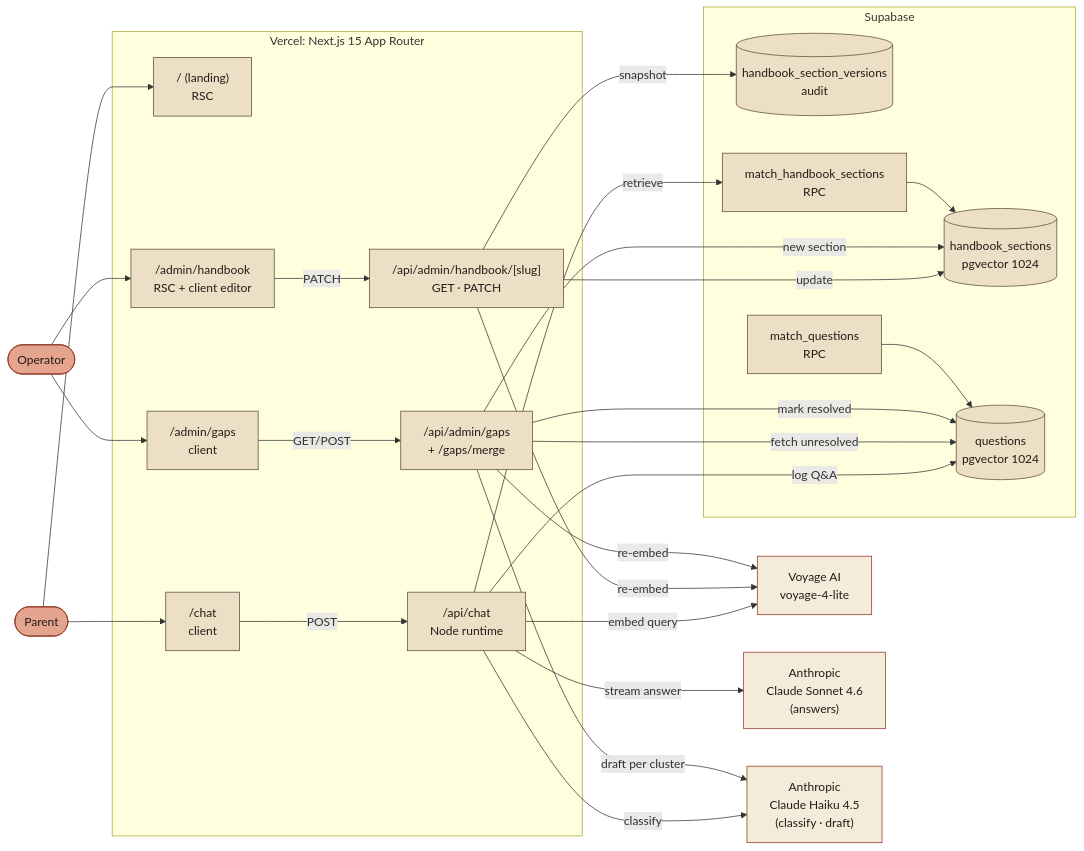
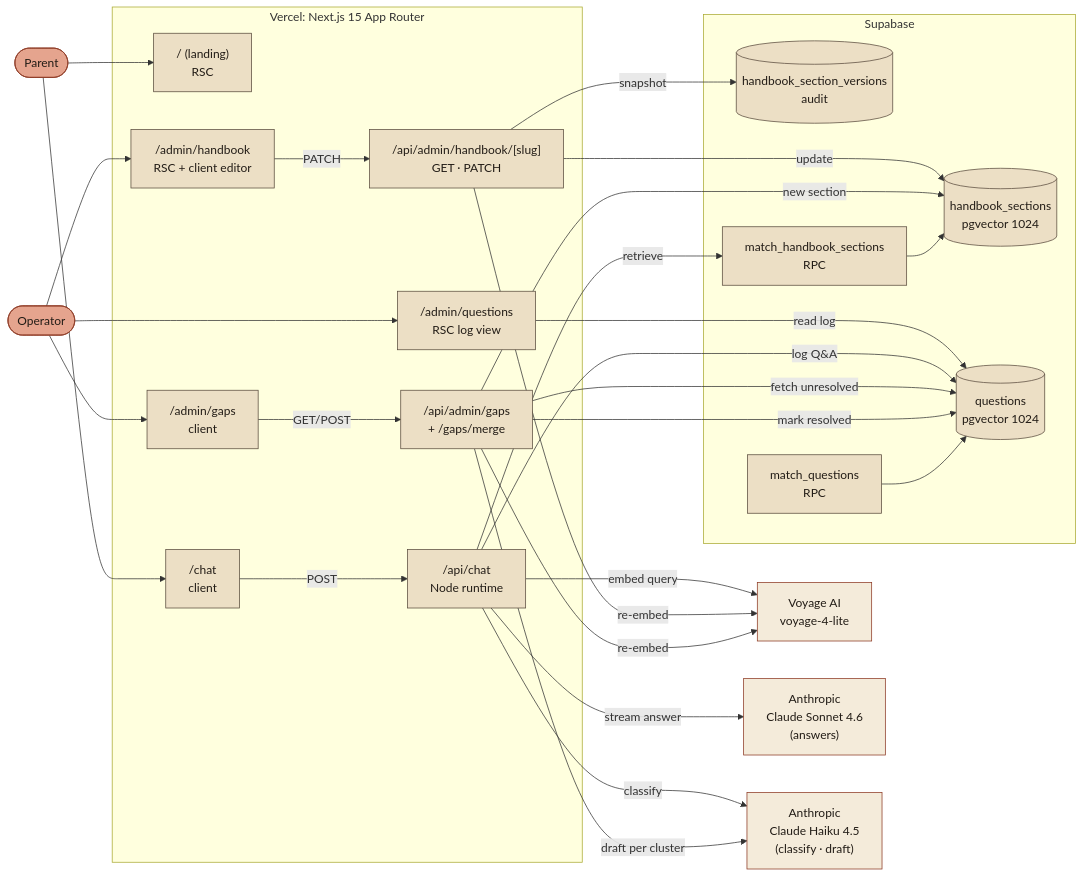
The first of 5 diagrams in docs/ARCHITECTURE.md (cooksterj/brightwheel-frontdesk), drawn with Mermaid before and after one commit. The commit also changed 9 other files, not shown here.

First line of the commit message:
feat(admin): question log view at /admin/questions

````diff
--- a/docs/ARCHITECTURE.md
+++ b/docs/ARCHITECTURE.md
@@ -17,62 +17,65 @@
 ```mermaid
 flowchart LR
     classDef ext fill:#f4ebda,stroke:#8d3a25,color:#221c16
     classDef svc fill:#ecdfc5,stroke:#5a4c3e,color:#221c16
     classDef user fill:#e5a48e,stroke:#8d3a25,color:#221c16
 
     Parent([Parent]):::user
     Operator([Operator]):::user
 
     subgraph Vercel["Vercel: Next.js 15 App Router"]
       Landing["/ (landing)<br/>RSC"]
       Chat["/chat<br/>client"]
       AdminH["/admin/handbook<br/>RSC + client editor"]
+      AdminQ["/admin/questions<br/>RSC log view"]
       AdminG["/admin/gaps<br/>client"]
       ChatAPI["/api/chat<br/>Node runtime"]
       AdminHAPI["/api/admin/handbook/[slug]<br/>GET · PATCH"]
       AdminGAPI["/api/admin/gaps<br/>+ /gaps/merge"]
     end
 
     subgraph Supabase["Supabase"]
       DBH[("handbook_sections<br/>pgvector 1024")]
       DBV[("handbook_section_versions<br/>audit")]
       DBQ[("questions<br/>pgvector 1024")]
       RPC1["match_handbook_sections<br/>RPC"]
       RPC2["match_questions<br/>RPC"]
     end
 
     Voyage["Voyage AI<br/>voyage-4-lite"]:::ext
     Sonnet["Anthropic<br/>Claude Sonnet 4.6<br/>(answers)"]:::ext
     Haiku["Anthropic<br/>Claude Haiku 4.5<br/>(classify · draft)"]:::ext
 
     Parent --> Landing
     Parent --> Chat
     Operator --> AdminH
+    Operator --> AdminQ
     Operator --> AdminG
 
     Chat -- POST --> ChatAPI
     AdminH -- PATCH --> AdminHAPI
+    AdminQ -- read log --> DBQ
     AdminG -- GET/POST --> AdminGAPI
 
     ChatAPI -- classify --> Haiku
     ChatAPI -- embed query --> Voyage
     ChatAPI -- retrieve --> RPC1
     ChatAPI -- stream answer --> Sonnet
     ChatAPI -- log Q&A --> DBQ
 
     AdminHAPI -- re-embed --> Voyage
     AdminHAPI -- snapshot --> DBV
     AdminHAPI -- update --> DBH
 
     AdminGAPI -- fetch unresolved --> DBQ
     AdminGAPI -- draft per cluster --> Haiku
     AdminGAPI -- new section --> DBH
     AdminGAPI -- re-embed --> Voyage
     AdminGAPI -- mark resolved --> DBQ
 
     RPC1 --> DBH
     RPC2 --> DBQ
 
-    class Landing,Chat,AdminH,AdminG,ChatAPI,AdminHAPI,AdminGAPI svc
+    class Landing,Chat,AdminH,AdminQ,AdminG,ChatAPI,AdminHAPI,AdminGAPI svc
     class DBH,DBV,DBQ,RPC1,RPC2 svc
 ```
````
